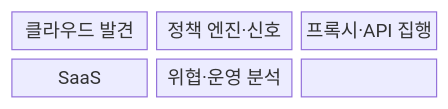
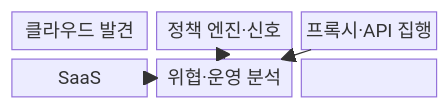
The first of 2 diagrams in src/content/docs/notes/05-security/072_casb.md (agnusdei1207/knowledge-base), drawn with Mermaid before and after one commit. The commit also changed other lines of this file and 20 other files, not shown here.

````diff
--- a/src/content/docs/notes/05-security/072_casb.md
+++ b/src/content/docs/notes/05-security/072_casb.md
@@ -61,11 +65,13 @@
 ```mermaid
 block-beta
   columns 3
   A["클라우드 발견"]
   B["정책 엔진·신호"]
   C["프록시·API 집행"]
   D["SaaS"]
   E["위협·운영 분석"]
-  A --- B --- C
-  C --- D --- E
+  A --> B --> C --> D
+  E --> B
+  C --> E
+  D --> E
 ```
````
